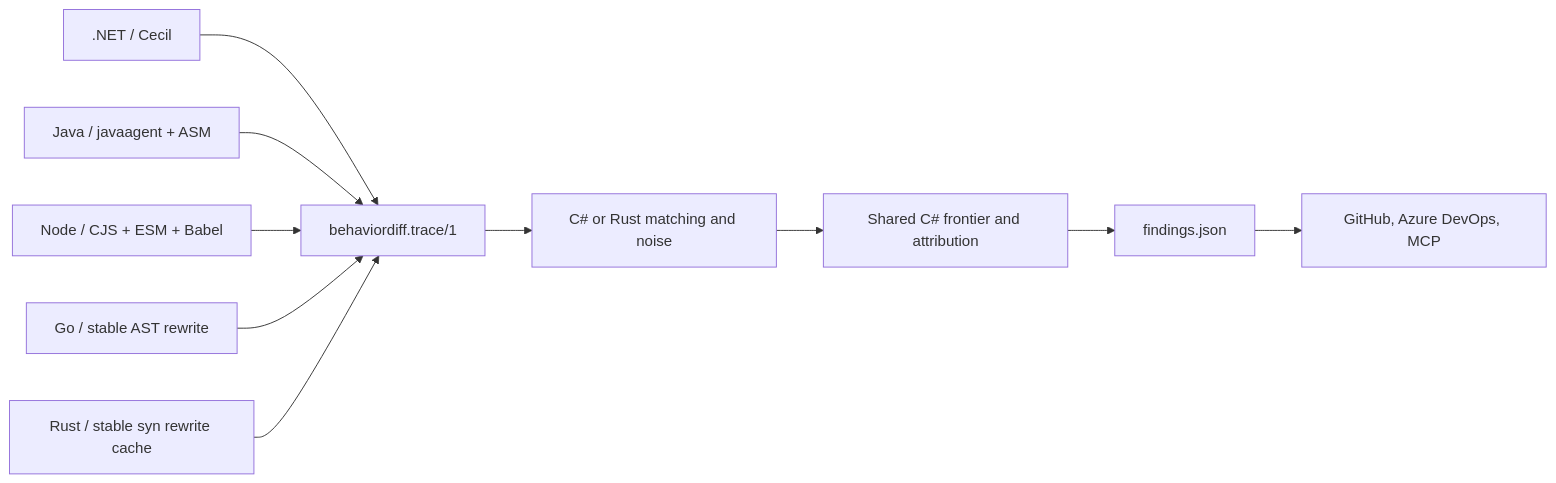
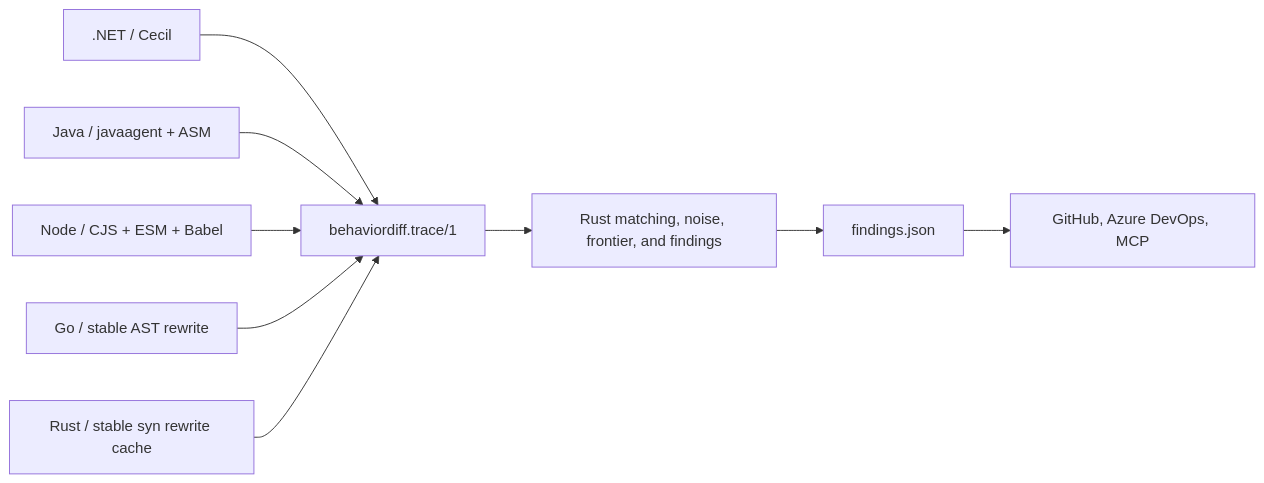
One commit to issacnitin/BehaviorDiff changed the first of 2 diagrams in README.md. Above: the diagram before and after it, drawn with Mermaid. The commit also changed other lines of this file and 2 other files, not shown here.

Commit message:
Update documentation and CI for Rust engine

````diff
--- a/README.md
+++ b/README.md
@@ -13,12 +13,11 @@
 ```mermaid
 flowchart LR
   D[.NET / Cecil] --> T[behaviordiff.trace/1]
   J[Java / javaagent + ASM] --> T
   N[Node / CJS + ESM + Babel] --> T
   G[Go / stable AST rewrite] --> T
   R[Rust / stable syn rewrite cache] --> T
-  T --> E[C# or Rust matching and noise]
-  E --> A[Shared C# frontier and attribution]
-  A --> F[findings.json]
+  T --> E[Rust matching, noise, frontier, and findings]
+  E --> F[findings.json]
   F --> P[GitHub, Azure DevOps, MCP]
 ```
````
